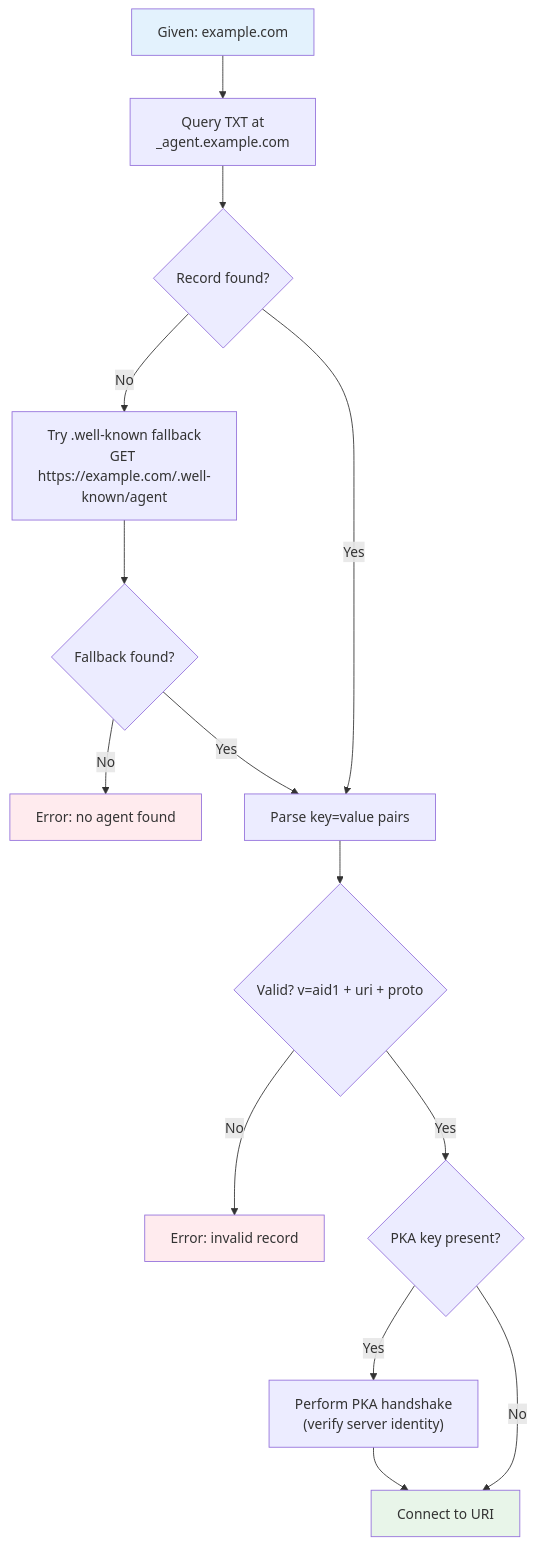
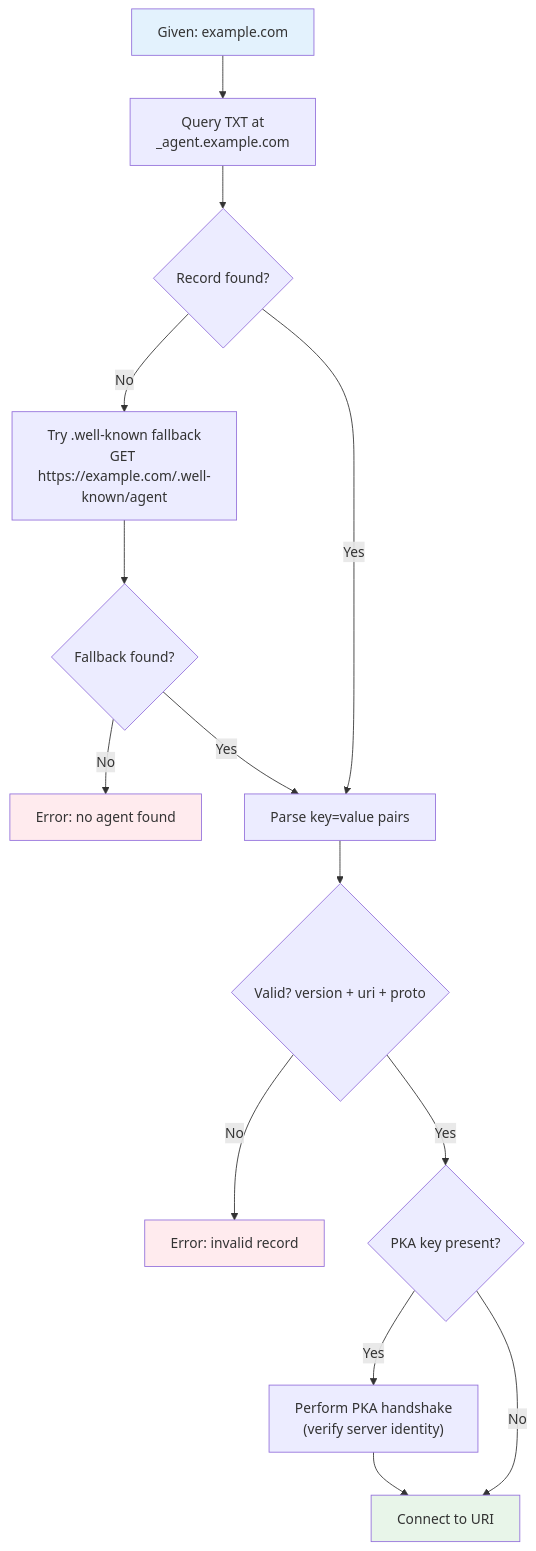
The second of 2 diagrams in packages/docs/Understand/concepts.md (agentcommunity/agent-identity-discovery), drawn with Mermaid before and after one commit. The commit also changed other lines of this file and 196 other files, not shown here.

````diff
--- a/packages/docs/Understand/concepts.md
+++ b/packages/docs/Understand/concepts.md
@@ -72,21 +72,21 @@
 ```mermaid
 flowchart TD
     A["Given: example.com"] --> B["Query TXT at\n_agent.example.com"]
     B --> C{Record found?}
     C -->|No| D["Try .well-known fallback\nGET https://example.com/.well-known/agent"]
     D --> E{Fallback found?}
     E -->|No| F["Error: no agent found"]
     C -->|Yes| G["Parse key=value pairs"]
     E -->|Yes| G
-    G --> H{Valid? v=aid1 + uri + proto}
+    G --> H{Valid? version + uri + proto}
     H -->|No| I["Error: invalid record"]
     H -->|Yes| J{PKA key present?}
     J -->|Yes| K["Perform PKA handshake\n(verify server identity)"]
     J -->|No| L["Connect to URI"]
     K --> L
 
     style A fill:#e3f2fd
     style F fill:#ffebee
     style I fill:#ffebee
     style L fill:#e8f5e9
 ```
````
